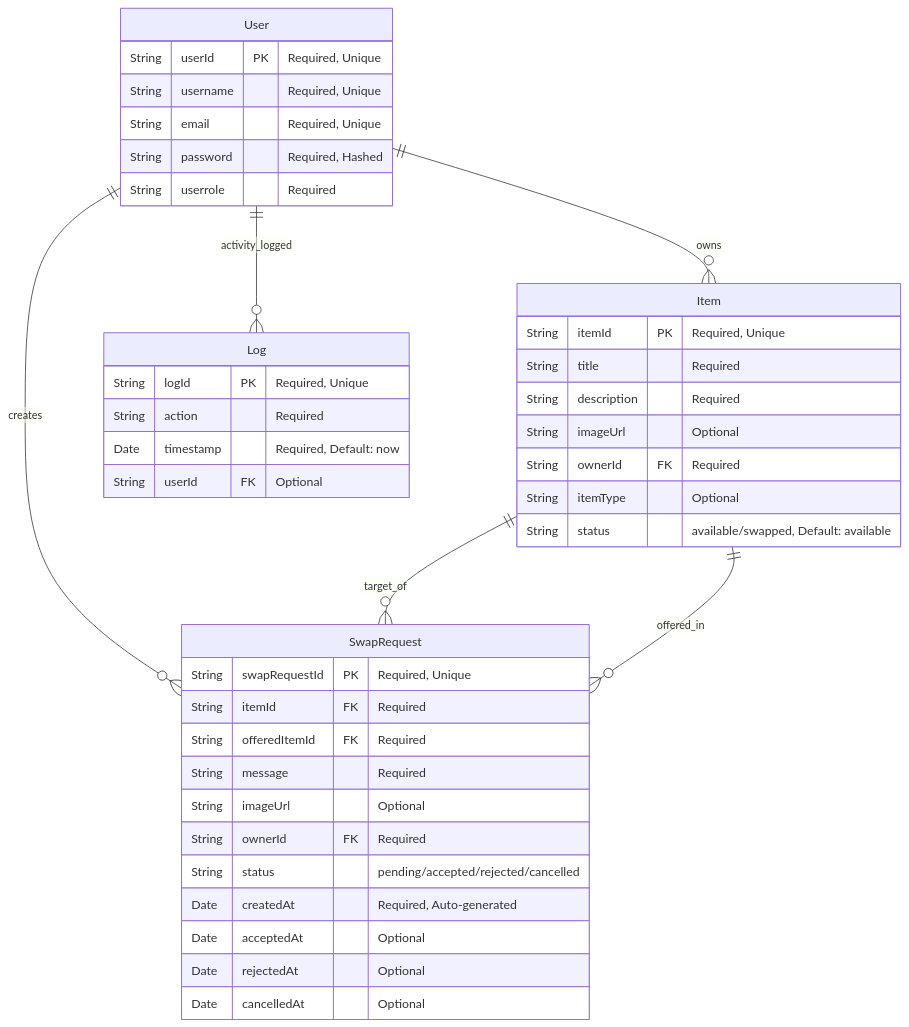
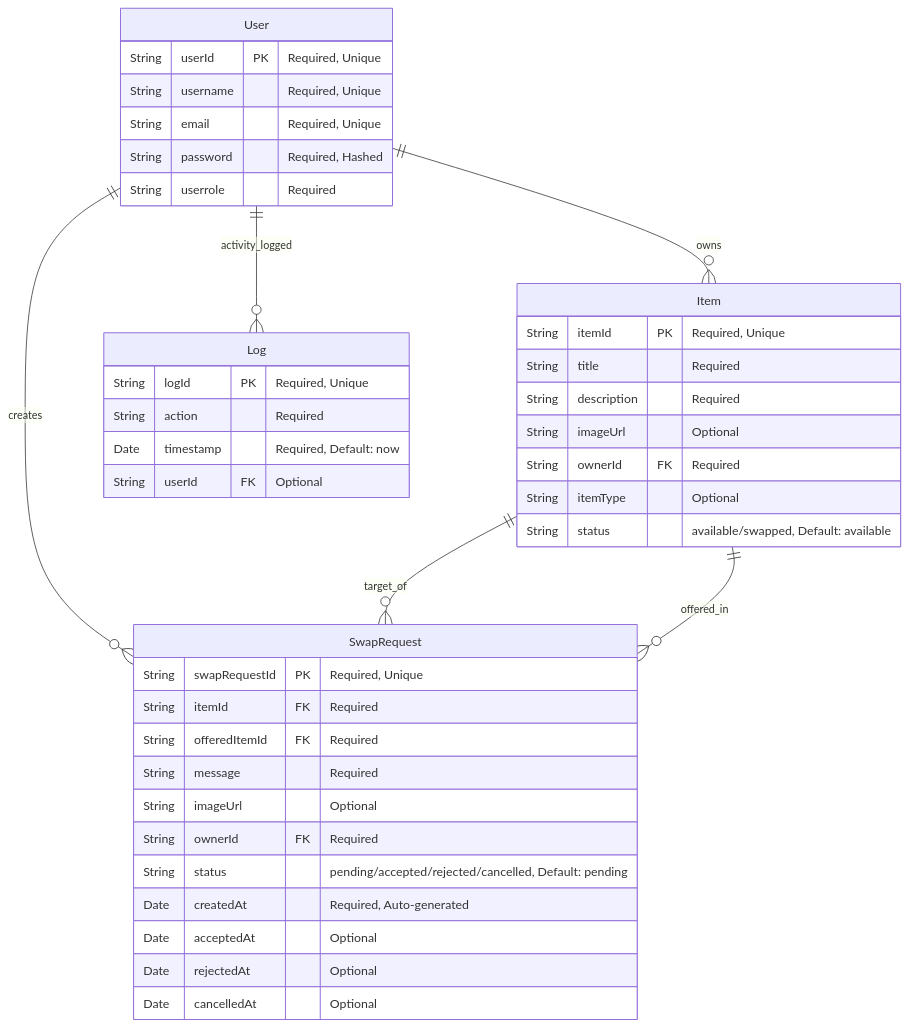
Before and after one commit to max3nn/home-swap: the first of 4 diagrams in README.md, drawn with Mermaid. The commit also changed other lines of this file, not shown here.

````diff
--- a/README.md
+++ b/README.md
@@ -245,47 +245,47 @@
 ```mermaid
 erDiagram
     User {
         String userId PK "Required, Unique"
         String username "Required, Unique"
         String email "Required, Unique"
         String password "Required, Hashed"
         String userrole "Required"
     }
 
     Item {
         String itemId PK "Required, Unique"
         String title "Required"
         String description "Required"
         String imageUrl "Optional"
         String ownerId FK "Required"
         String itemType "Optional"
         String status "available/swapped, Default: available"
     }
 
     SwapRequest {
         String swapRequestId PK "Required, Unique"
         String itemId FK "Required"
         String offeredItemId FK "Required"
         String message "Required"
         String imageUrl "Optional"
         String ownerId FK "Required"
-        String status "pending/accepted/rejected/cancelled"
+        String status "pending/accepted/rejected/cancelled, Default: pending"
         Date createdAt "Required, Auto-generated"
         Date acceptedAt "Optional"
         Date rejectedAt "Optional"
         Date cancelledAt "Optional"
     }
 
     Log {
         String logId PK "Required, Unique"
         String action "Required"
         Date timestamp "Required, Default: now"
         String userId FK "Optional"
     }
 
     User ||--o{ Item : owns
     User ||--o{ SwapRequest : creates
     Item ||--o{ SwapRequest : "target_of"
     Item ||--o{ SwapRequest : "offered_in"
     User ||--o{ Log : "activity_logged"
 ```
````
